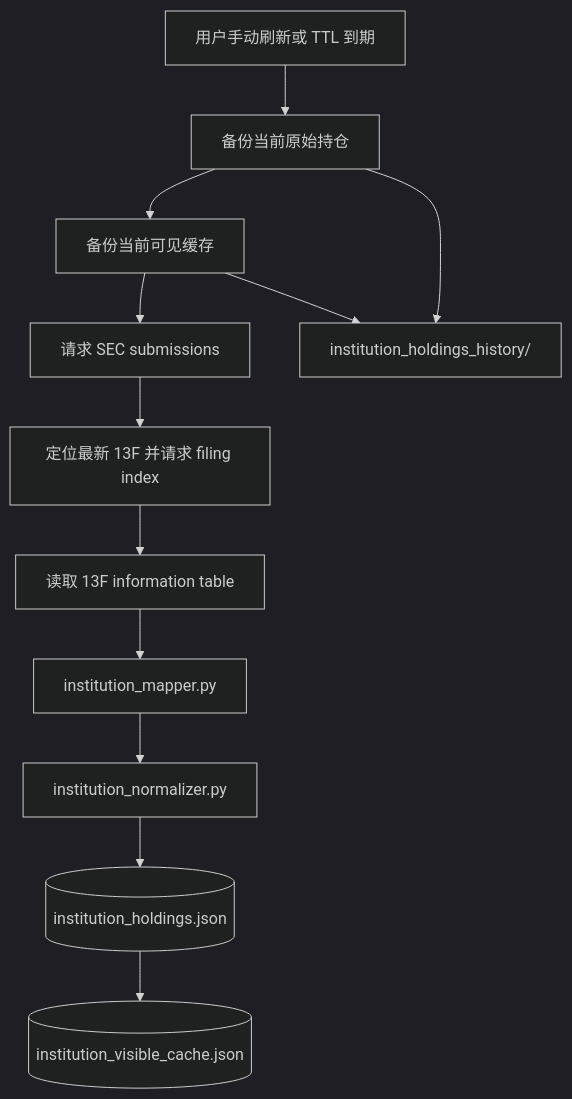
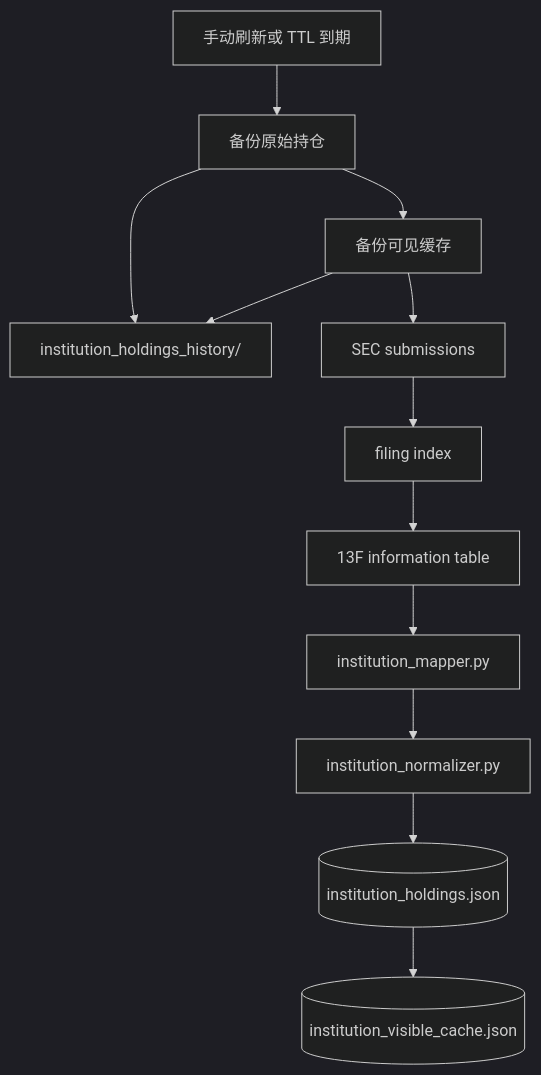
One commit to RESBI/StockTracing changed the sixth of 6 diagrams in ARCHITECTURE.md. Above: the diagram before and after it, drawn with Mermaid (dark theme). The commit also changed other lines of this file and 1 other file, not shown here.

Commit message:
Update documentation for current features and architecture

````diff
--- a/ARCHITECTURE.md
+++ b/ARCHITECTURE.md
@@ -101,26 +157,26 @@
 ```mermaid
 flowchart TD
-    Trigger[用户手动刷新或 TTL 到期]
-    BackupRaw[备份当前原始持仓]
-    BackupVisible[备份当前可见缓存]
-    SecSubmissions[请求 SEC submissions]
-    FilingIndex[定位最新 13F 并请求 filing index]
-    InfoTable[读取 13F information table]
+    Trigger[手动刷新或 TTL 到期]
+    BackupRaw[备份原始持仓]
+    BackupVisible[备份可见缓存]
+    SecSubmissions[SEC submissions]
+    FilingIndex[filing index]
+    InfoTable[13F information table]
     Mapper[institution_mapper.py]
     Normalizer[institution_normalizer.py]
-    RawJson[(institution_holdings.json)]
-    VisibleJson[(institution_visible_cache.json)]
+    Raw[(institution_holdings.json)]
+    Visible[(institution_visible_cache.json)]
     History["institution_holdings_history/"]
 
     Trigger --> BackupRaw
+    BackupRaw --> History
     BackupRaw --> BackupVisible
-    BackupRaw --> History
     BackupVisible --> History
     BackupVisible --> SecSubmissions
     SecSubmissions --> FilingIndex
     FilingIndex --> InfoTable
     InfoTable --> Mapper
     Mapper --> Normalizer
-    Normalizer --> RawJson
-    RawJson --> VisibleJson
+    Normalizer --> Raw
+    Raw --> Visible
 ```
````
